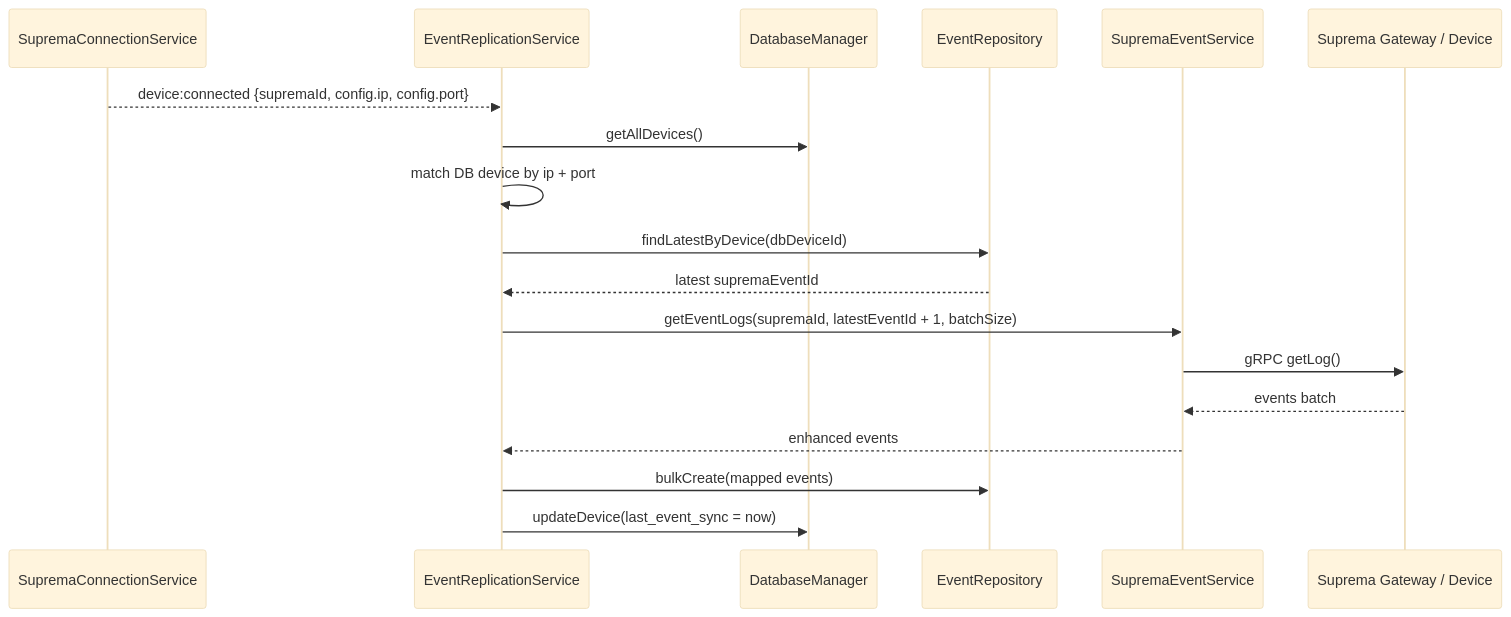
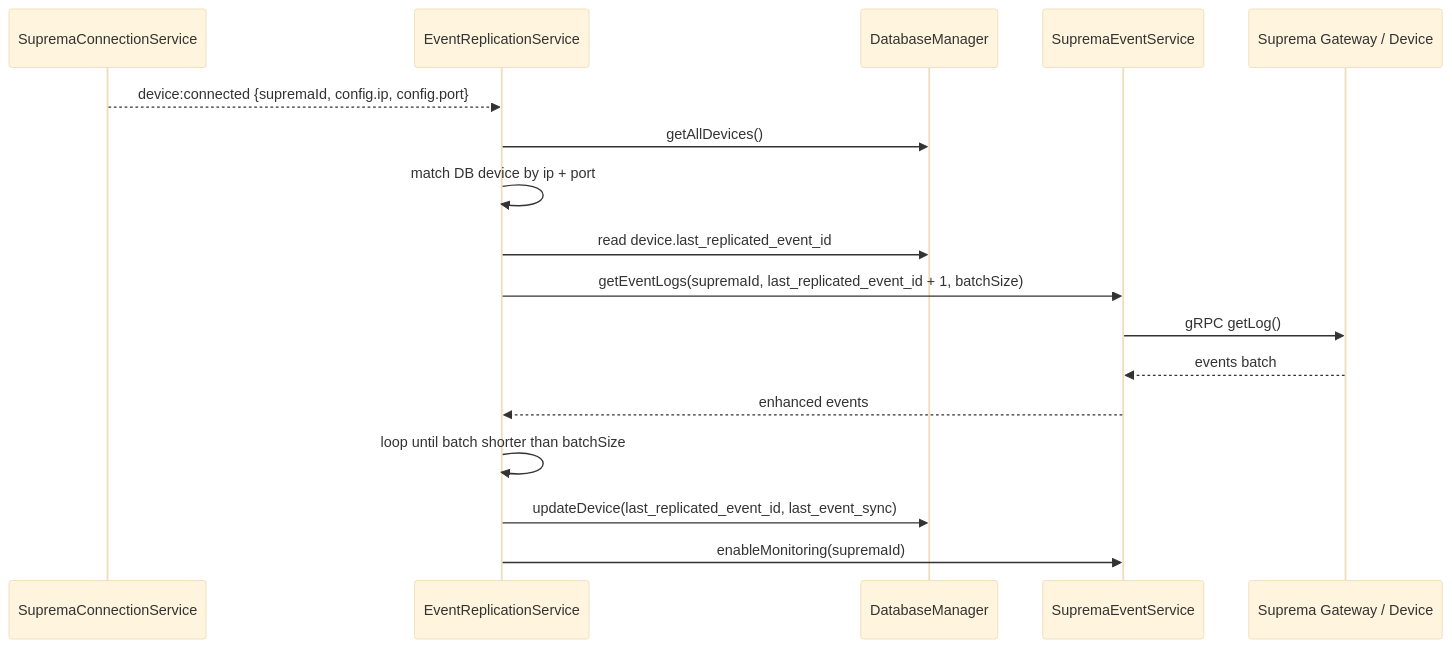
The fifth of 7 diagrams in packages/backend/EVENT_REPLICATION_ARCHITECTURE.md (Elperry/Suprema_integration), drawn with Mermaid (base theme) before and after one commit. The commit also changed other lines of this file and 188 other files, not shown here.

````diff
--- a/packages/backend/EVENT_REPLICATION_ARCHITECTURE.md
+++ b/packages/backend/EVENT_REPLICATION_ARCHITECTURE.md
@@ -155,21 +156,20 @@
 ```mermaid
 sequenceDiagram
     participant Conn as SupremaConnectionService
     participant Rep as EventReplicationService
     participant DB as DatabaseManager
-    participant Repo as EventRepository
     participant ES as SupremaEventService
     participant GW as Suprema Gateway / Device
 
     Conn-->>Rep: device:connected {supremaId, config.ip, config.port}
     Rep->>DB: getAllDevices()
     Rep->>Rep: match DB device by ip + port
-    Rep->>Repo: findLatestByDevice(dbDeviceId)
-    Repo-->>Rep: latest supremaEventId
-    Rep->>ES: getEventLogs(supremaId, latestEventId + 1, batchSize)
+    Rep->>DB: read device.last_replicated_event_id
+    Rep->>ES: getEventLogs(supremaId, last_replicated_event_id + 1, batchSize)
     ES->>GW: gRPC getLog()
     GW-->>ES: events batch
     ES-->>Rep: enhanced events
-    Rep->>Repo: bulkCreate(mapped events)
-    Rep->>DB: updateDevice(last_event_sync = now)
+    Rep->>Rep: loop until batch shorter than batchSize
+    Rep->>DB: updateDevice(last_replicated_event_id, last_event_sync)
+    Rep->>ES: enableMonitoring(supremaId)
 ```
````
